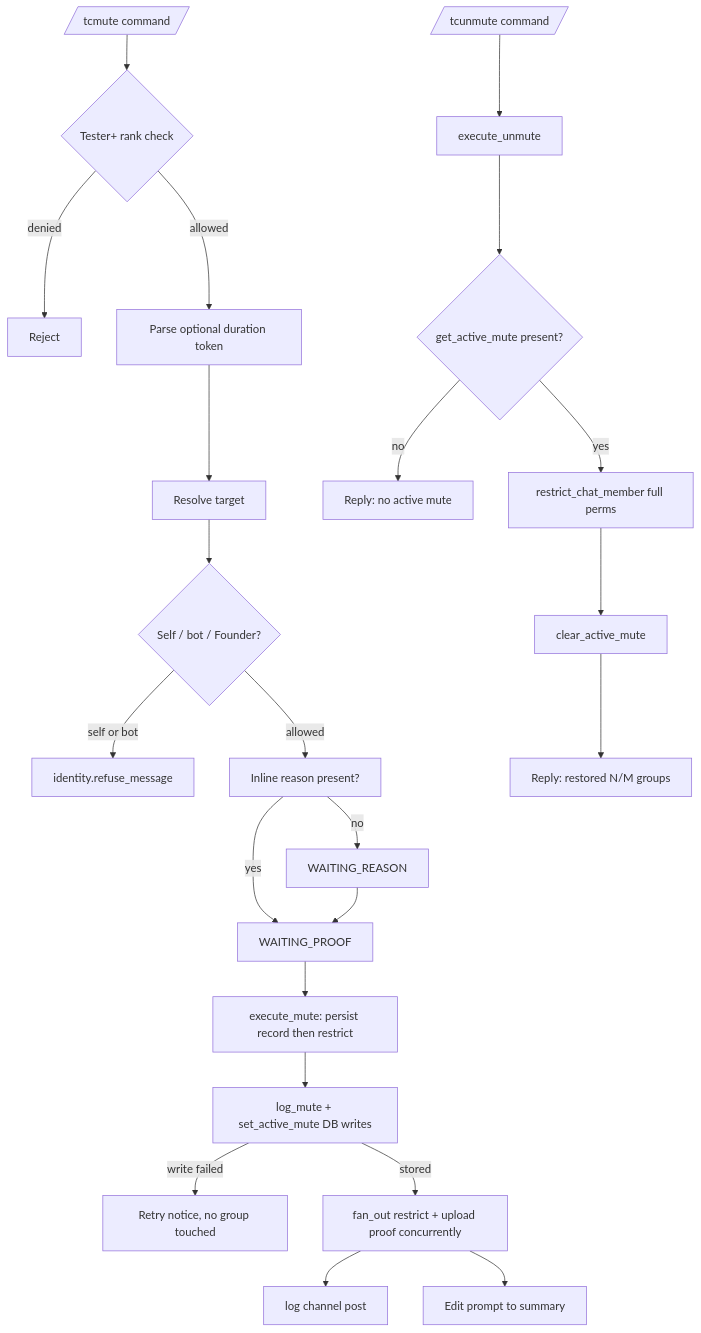
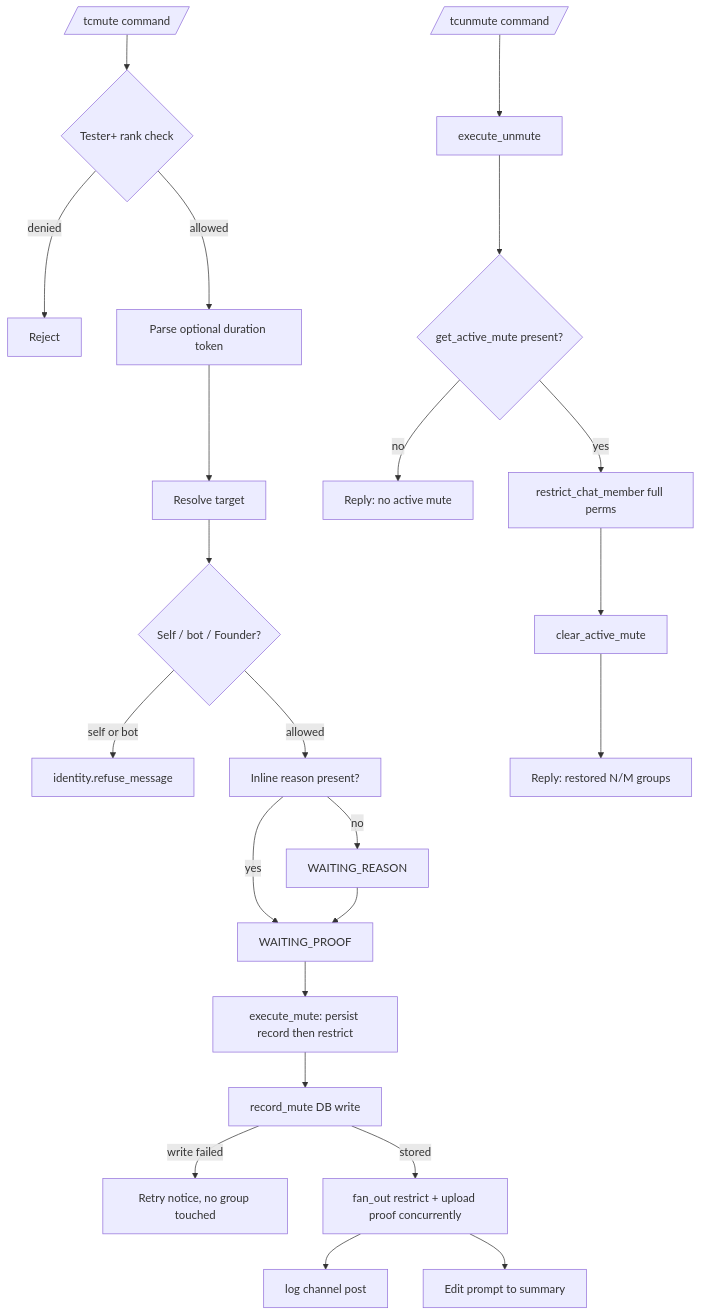
One commit to D1ZZY4/tcbot changed the diagram in docs/features/moderation/muting.md. Above: the diagram before and after it, drawn with Mermaid. The commit also changed other lines of this file and 13 other files, not shown here.

First line of the commit message:
docs: align guides and changelog with the community schema

````diff
--- a/docs/features/moderation/muting.md
+++ b/docs/features/moderation/muting.md
@@ -11,25 +11,25 @@
 ```mermaid
 flowchart TD
     Cmd[/tcmute command/] --> Perm{Tester+ rank check}
     Perm -->|denied| End1[Reject]
     Perm -->|allowed| Duration[Parse optional duration token]
     Duration --> Target[Resolve target]
     Target --> Ident{Self / bot / Founder?}
     Ident -->|self or bot| Refuse[identity.refuse_message]
     Ident -->|allowed| ReasonStep[Inline reason present?]
     ReasonStep -->|yes| ProofStep[WAITING_PROOF]
     ReasonStep -->|no| ReasonPrompt[WAITING_REASON]
     ReasonPrompt --> ProofStep
     ProofStep --> Exec[execute_mute: persist record then restrict]
-    Exec --> Store[log_mute + set_active_mute DB writes]
+    Exec --> Store[record_mute DB write]
     Store -->|write failed| AbortM[Retry notice, no group touched]
     Store -->|stored| FanOut[fan_out restrict + upload proof concurrently]
     FanOut --> Log[log channel post]
     FanOut --> Reply[Edit prompt to summary]
     Unmute[/tcunmute command/] --> ExecU[execute_unmute]
     ExecU --> Guard{get_active_mute present?}
     Guard -->|no| NoMute[Reply: no active mute]
     Guard -->|yes| Restore[restrict_chat_member full perms]
     Restore --> Clear[clear_active_mute]
     Clear --> ReplyU[Reply: restored N/M groups]
 ```
````
